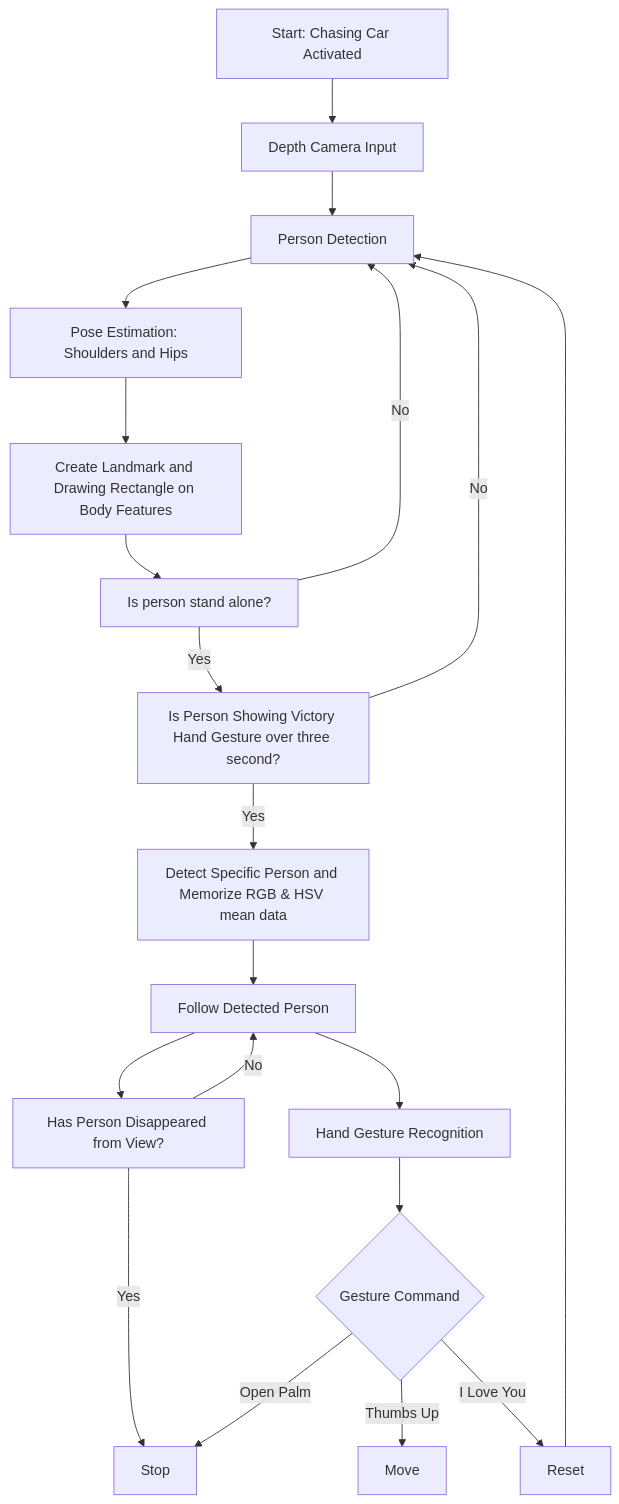
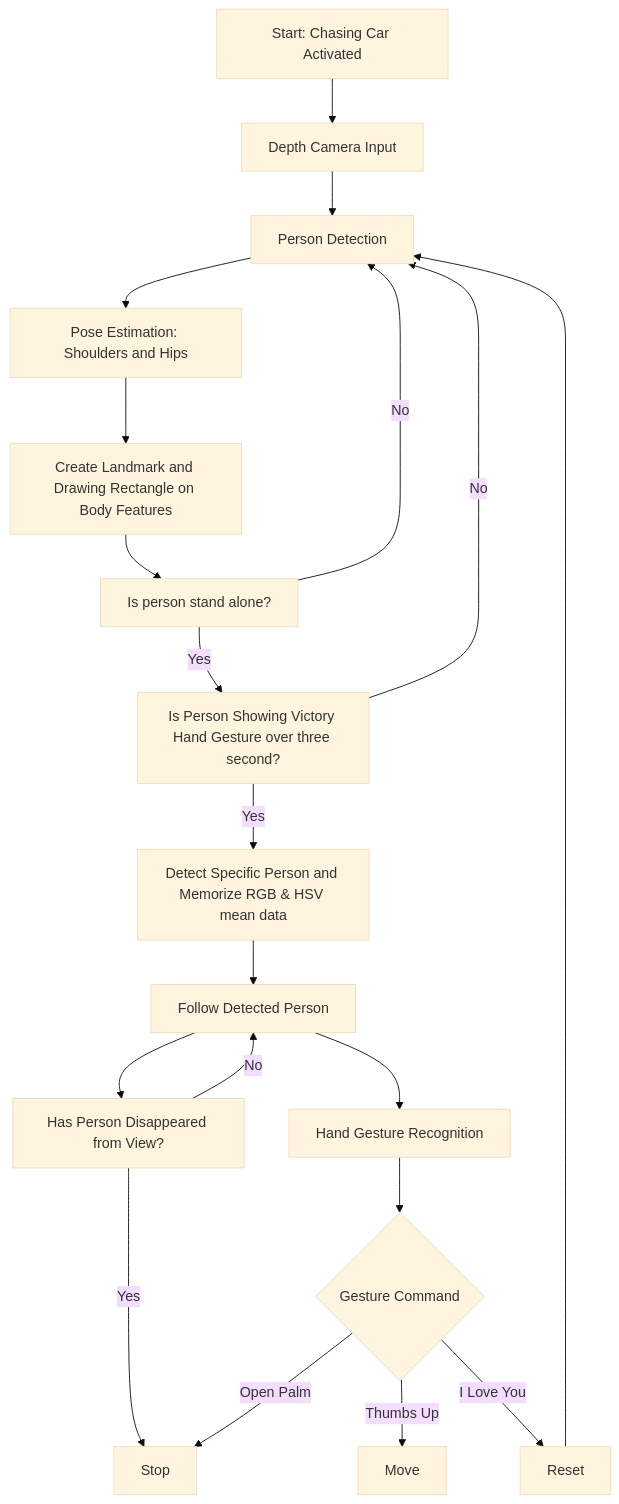
Before and after one commit to Eunchan1578/Embeded-career-ecKim: the second of 2 diagrams in AI-project/Color-Checker/README.md, drawn with Mermaid.

````diff
--- a/AI-project/Color-Checker/README.md
+++ b/AI-project/Color-Checker/README.md
@@ -34,22 +34,23 @@
 ```mermaid
+%%{init: {'theme': 'base', 'themeCSS': '.mermaid { max-width: 400px; max-height: 300px; }' }}%%
 flowchart TD
     A[Start: Chasing Car Activated] --> B[Depth Camera Input]
     B --> C[Person Detection]
     C --> D[Pose Estimation: Shoulders and Hips]
     D --> E[Create Landmark and Drawing Rectangle on Body Features]
     E --> F[Is person stand alone?]
     F -- Yes --> G[Is Person Showing Victory Hand Gesture over three second?]
     F -- No --> C
     G -- Yes --> H[Detect Specific Person and Memorize RGB & HSV mean data]
     G -- No --> C
     H --> I[Follow Detected Person]
     I --> J[Hand Gesture Recognition]
     I --> Q[Has Person Disappeared from View?]
     Q -- Yes --> M[Stop]
     Q -- No --> I
     J --> K{Gesture Command}
     K -- Open Palm --> M[Stop]
     K -- Thumbs Up--> N[Move]
     K -- I Love You --> L[Reset]
     L --> C
 ```
````
